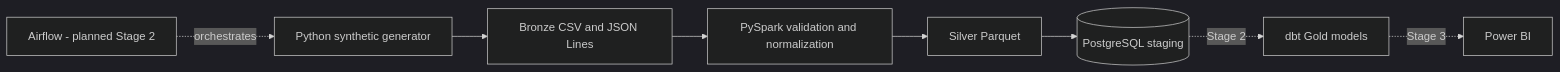
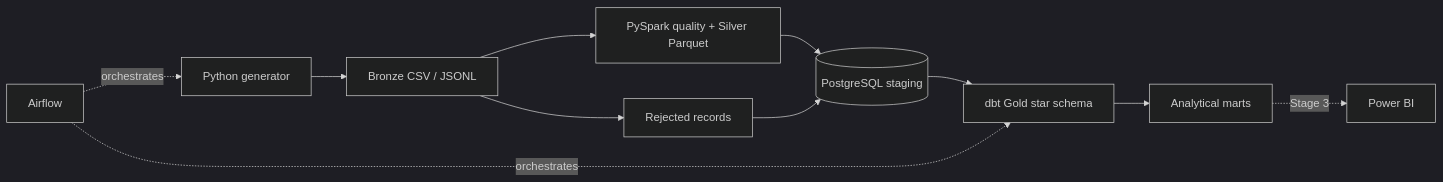
Before and after one commit to YevhenKoval01/Real-Estate-Rental-Database: the diagram in README.md, drawn with Mermaid (dark theme). The commit also changed other lines of this file and 58 other files, not shown here.

````diff
--- a/README.md
+++ b/README.md
@@ -27,10 +9,13 @@
 ```mermaid
 flowchart LR
-    G[Python synthetic generator] --> B[Bronze CSV and JSON Lines]
-    B --> S[PySpark validation and normalization]
-    S --> P[Silver Parquet]
-    P --> PG[(PostgreSQL staging)]
-    PG -. Stage 2 .-> D[dbt Gold models]
-    D -. Stage 3 .-> BI[Power BI]
-    A[Airflow - planned Stage 2] -. orchestrates .-> G
+    G[Python generator] --> B[Bronze CSV / JSONL]
+    B --> S[PySpark quality + Silver Parquet]
+    B --> R[Rejected records]
+    S --> PG[(PostgreSQL staging)]
+    R --> PG
+    PG --> D[dbt Gold star schema]
+    D --> M[Analytical marts]
+    A[Airflow] -. orchestrates .-> G
+    A -. orchestrates .-> D
+    M -. Stage 3 .-> BI[Power BI]
 ```
````
